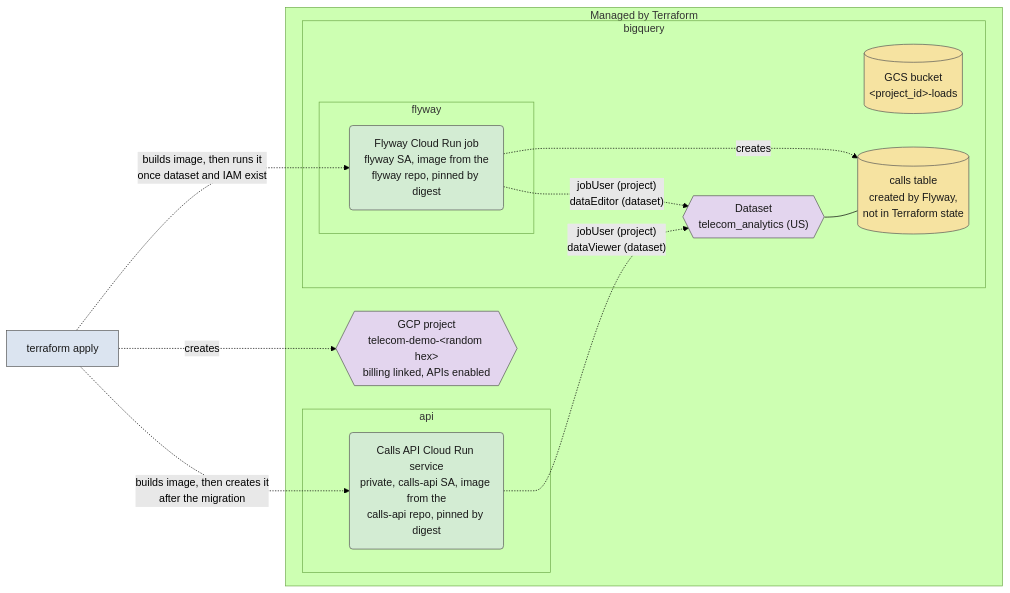
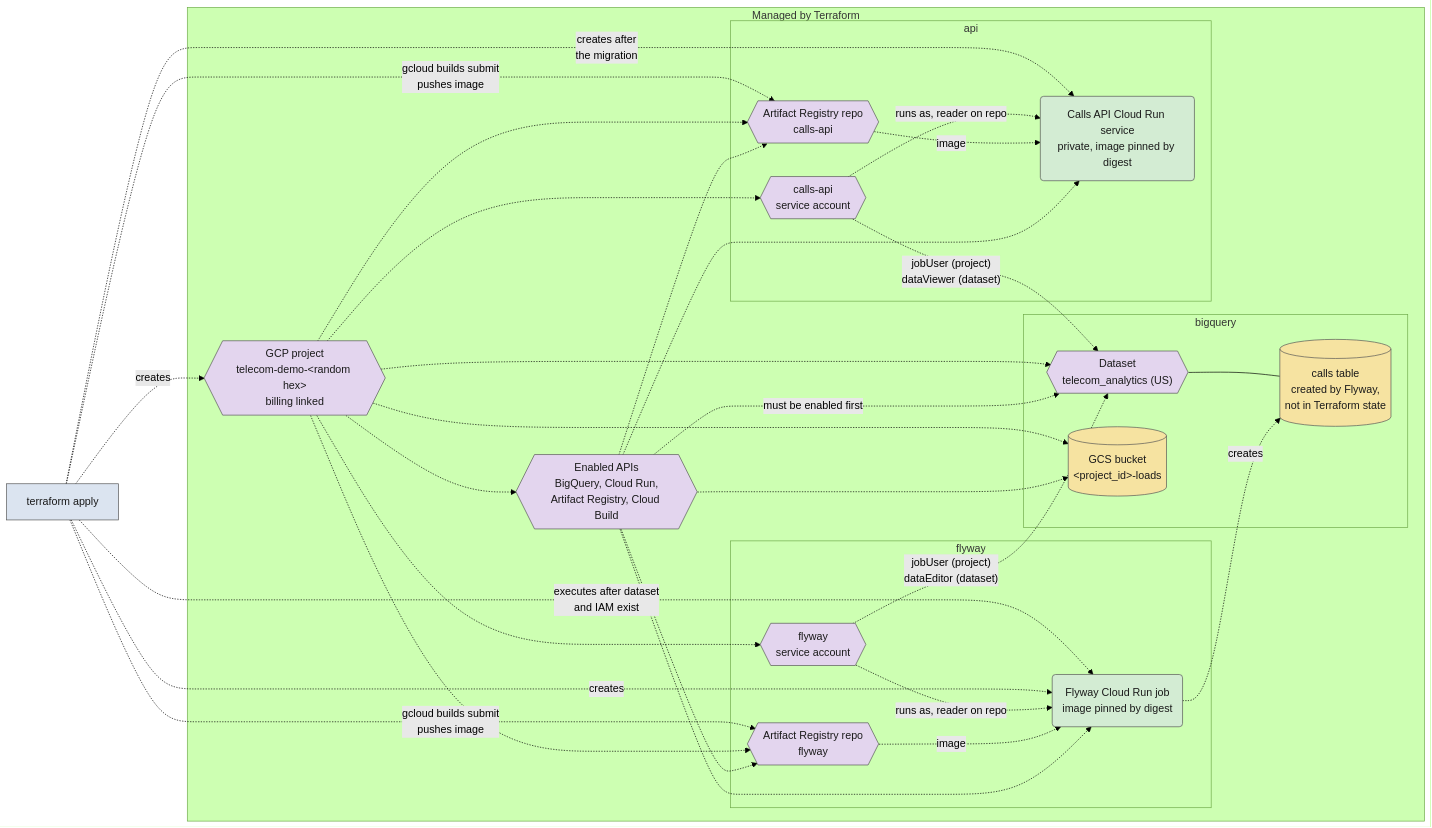
One commit to castroaj/GCP-BQ-DEMO changed the third of 4 diagrams in README.md. Above: the diagram before and after it, drawn with Mermaid (forest theme).

Commit message:
Make the provisioning diagram match the Terraform dependencies
Restore the full edge set, move the flyway box out of bigquery, and add the
API-enablement and job-creation edges.

````diff
--- a/README.md
+++ b/README.md
@@ -67,39 +67,64 @@
 ```mermaid
 flowchart LR
   tf["terraform apply"]
 
   subgraph managed["Managed by Terraform"]
-    project{{"GCP project<br/>telecom-demo-&lt;random hex&gt;<br/>billing linked, APIs enabled"}}
+    project{{"GCP project<br/>telecom-demo-&lt;random hex&gt;<br/>billing linked"}}
+    apis{{"Enabled APIs<br/>BigQuery, Cloud Run,<br/>Artifact Registry, Cloud Build"}}
 
     subgraph bqBox["bigquery"]
       ds{{"Dataset<br/>telecom_analytics (US)"}}
       bucket[("GCS bucket<br/>&lt;project_id&gt;-loads")]
       table[("calls table<br/>created by Flyway,<br/>not in Terraform state")]
+    end
 
-      subgraph flywayBox["flyway"]
-        job("Flyway Cloud Run job<br/>flyway SA, image from the<br/>flyway repo, pinned by digest")
-      end
+    subgraph flywayBox["flyway"]
+      sa_fly{{"flyway<br/>service account"}}
+      repo{{"Artifact Registry repo<br/>flyway"}}
+      job("Flyway Cloud Run job<br/>image pinned by digest")
     end
 
     subgraph apiBox["api"]
-      api("Calls API Cloud Run service<br/>private, calls-api SA, image from the<br/>calls-api repo, pinned by digest")
+      sa_api{{"calls-api<br/>service account"}}
+      repo_api{{"Artifact Registry repo<br/>calls-api"}}
+      api("Calls API Cloud Run service<br/>private, image pinned by digest")
     end
   end
 
   tf -.->|creates| project
-  tf -.->|"builds image, then runs it<br/>once dataset and IAM exist"| job
-  tf -.->|"builds image, then creates it<br/>after the migration"| api
-  job -.->|"jobUser (project)<br/>dataEditor (dataset)"| ds
-  api -.->|"jobUser (project)<br/>dataViewer (dataset)"| ds
+  project -.-> apis
+  apis -.->|"must be enabled first"| ds
+  apis -.-> bucket
+  apis -.-> repo
+  apis -.-> repo_api
+  apis -.-> job
+  apis -.-> api
+  project -.-> ds
+  project -.-> bucket
+  project -.-> sa_api
+  project -.-> sa_fly
+  sa_api -.->|"jobUser (project)<br/>dataViewer (dataset)"| ds
+  sa_fly -.->|"jobUser (project)<br/>dataEditor (dataset)"| ds
+  project -.-> repo
+  tf -.->|"gcloud builds submit<br/>pushes image"| repo
+  repo -.->|"image"| job
+  sa_fly -.->|"runs as, reader on repo"| job
+  tf -.->|creates| job
+  tf -.->|"executes after dataset<br/>and IAM exist"| job
   job -.->|creates| table
   ds --- table
+  project -.-> repo_api
+  tf -.->|"gcloud builds submit<br/>pushes image"| repo_api
+  repo_api -.->|"image"| api
+  sa_api -.->|"runs as, reader on repo"| api
+  tf -.->|"creates after<br/>the migration"| api
 
   classDef tool fill:#dbe4f0,stroke:#555,color:#1a1a1a
   classDef compute fill:#d3ecd3,stroke:#555,color:#1a1a1a
   classDef store fill:#f6e3a1,stroke:#555,color:#1a1a1a
   classDef resource fill:#e3d5ee,stroke:#555,color:#1a1a1a
   class tf tool
   class api,job compute
   class bucket,table store
-  class project,ds resource
+  class project,apis,ds,sa_api,sa_fly,repo,repo_api resource
 ```
````
